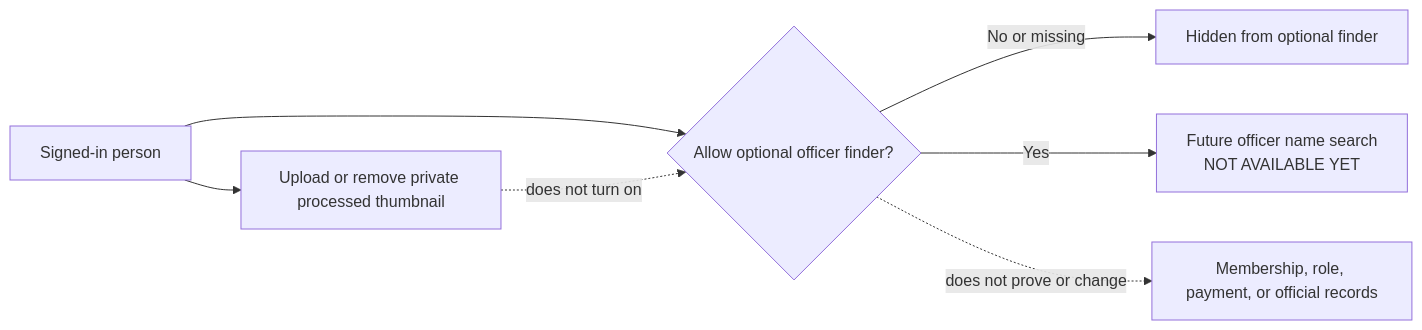
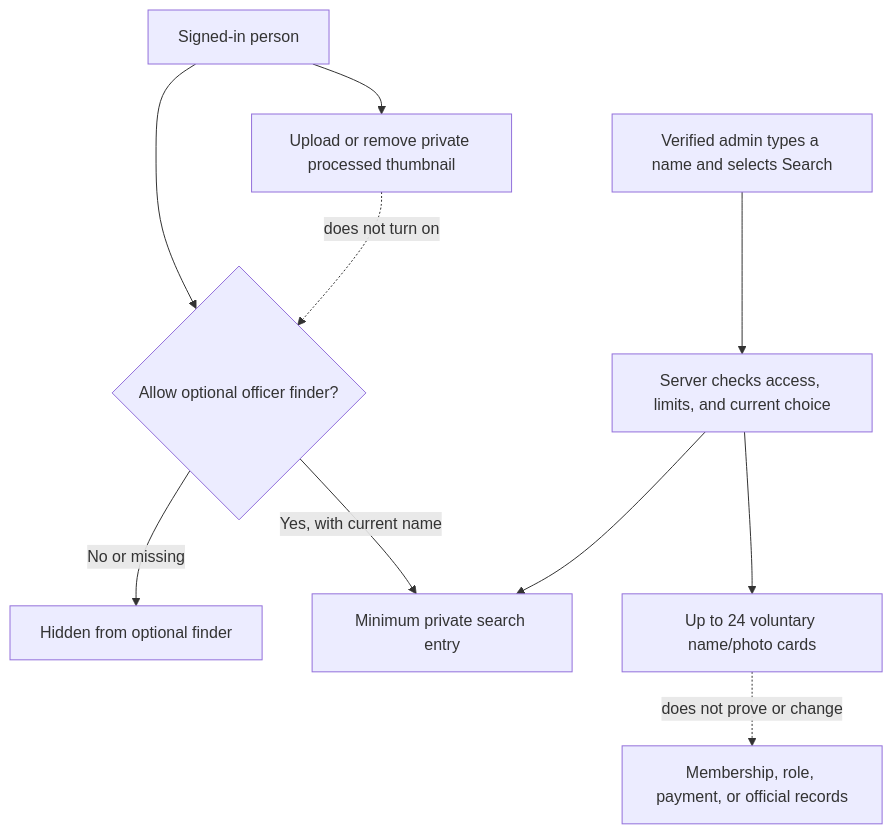
Before and after one commit to Run-MPRC/Run-MPRC.github.io: diagram 36 of 51 in docs/officers/EVENTS_SHOP_MEMBERS.md, drawn with Mermaid. The commit also changed other lines of this file and 31 other files, not shown here.

````diff
--- a/docs/officers/EVENTS_SHOP_MEMBERS.md
+++ b/docs/officers/EVENTS_SHOP_MEMBERS.md
@@ -2408,9 +2408,12 @@
 ```mermaid
-flowchart LR
+flowchart TD
     Person["Signed-in person"] --> Photo["Upload or remove private processed thumbnail"]
     Person --> Choice{"Allow optional officer finder?"}
     Choice -- "No or missing" --> Hidden["Hidden from optional finder"]
-    Choice -- "Yes" --> Future["Future officer name search\nNOT AVAILABLE YET"]
+    Choice -- "Yes, with current name" --> Private["Minimum private search entry"]
     Photo -. "does not turn on" .-> Choice
-    Choice -. "does not prove or change" .-> Official["Membership, role, payment, or official records"]
+    Officer["Verified admin types a name and selects Search"] --> Server["Server checks access, limits, and current choice"]
+    Server --> Private
+    Server --> Results["Up to 24 voluntary name/photo cards"]
+    Results -. "does not prove or change" .-> Official["Membership, role, payment, or official records"]
 ```
````
